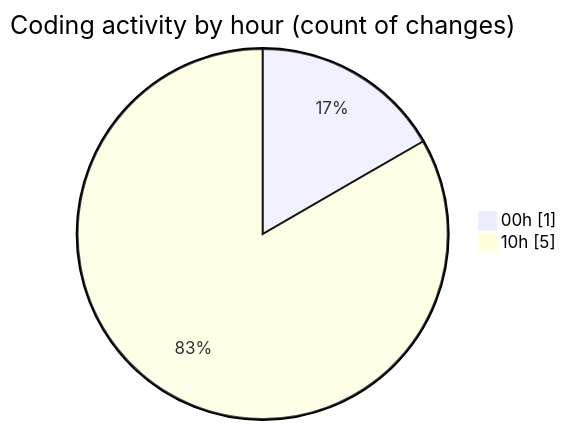
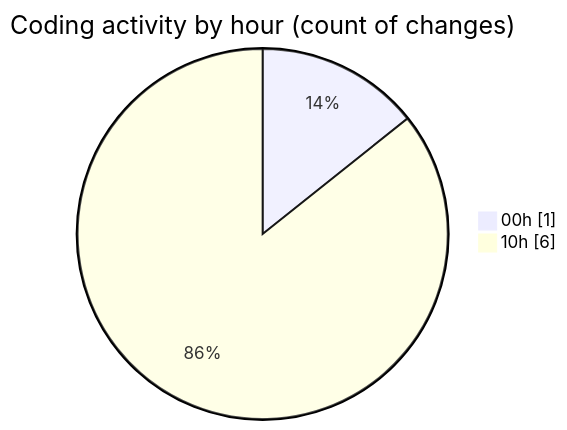
Before and after one commit to JenPaints/code-tracking: the second of 2 diagrams in 2025-07-25/cohera/README.md, drawn with Mermaid. The commit also changed other lines of this file and 1 other file, not shown here.

````diff
--- a/2025-07-25/cohera/README.md
+++ b/2025-07-25/cohera/README.md
@@ -32,6 +33,6 @@
 ```mermaid
 pie showData
 title Coding activity by hour (count of changes)
 "00h" : 1
-"10h" : 5
+"10h" : 6
 ```
````
